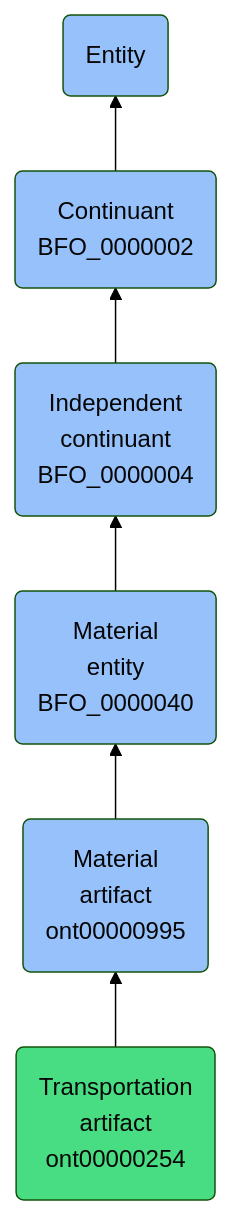
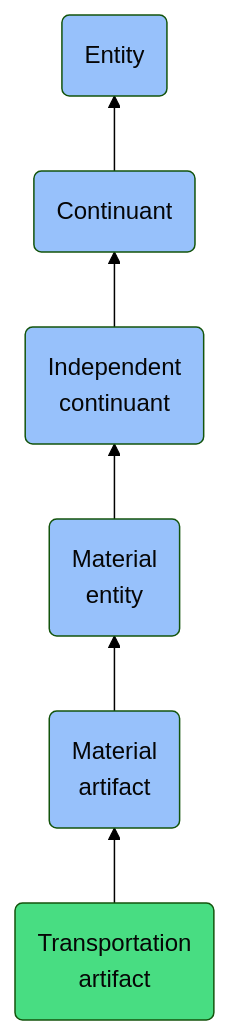
Before and after one commit to jupyter-naas/abi: the diagram in docs/ontology/reference/model/Entity/Continuant/Independent continuant/Material entity/Material artifact/Transportation artifact/Transportation artifact.md, drawn with Mermaid (forest theme). The commit also changed other lines of this file and 1430 other files, not shown here.

````diff
--- a/docs/ontology/reference/model/Entity/Continuant/Independent continuant/Material entity/Material artifact/Transportation artifact/Transportation artifact.md
+++ b/docs/ontology/reference/model/Entity/Continuant/Independent continuant/Material entity/Material artifact/Transportation artifact/Transportation artifact.md
@@ -24,13 +24,13 @@
 ```mermaid
 graph BT
-    ont00000254(Transportation<br>artifact<br>ont00000254):::ABI-->ont00000995
-    ont00000995(Material<br>artifact<br>ont00000995):::BFO-->BFO_0000040
-    BFO_0000040(Material<br>entity<br>BFO_0000040):::BFO-->BFO_0000004
-    BFO_0000004(Independent<br>continuant<br>BFO_0000004):::BFO-->BFO_0000002
-    BFO_0000002(Continuant<br>BFO_0000002):::BFO-->BFO_0000001
+    ont00000254(Transportation<br>artifact):::ABI-->ont00000995
+    ont00000995(Material<br>artifact):::BFO-->BFO_0000040
+    BFO_0000040(Material<br>entity):::BFO-->BFO_0000004
+    BFO_0000004(Independent<br>continuant):::BFO-->BFO_0000002
+    BFO_0000002(Continuant):::BFO-->BFO_0000001
     BFO_0000001(Entity):::BFO
     
     classDef BFO fill:#97c1fb,color:#060606
     classDef CCO fill:#e4c51e,color:#060606
     classDef ABI fill:#48DD82,color:#060606
 ```
````
